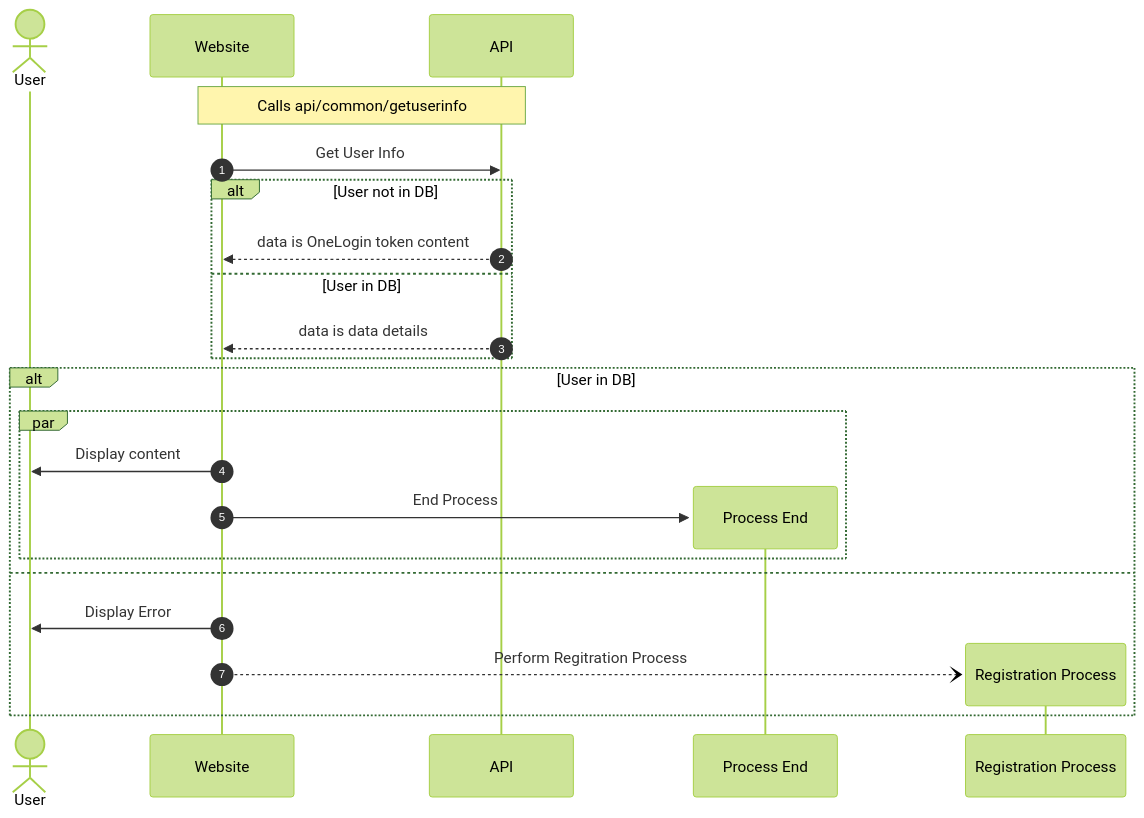
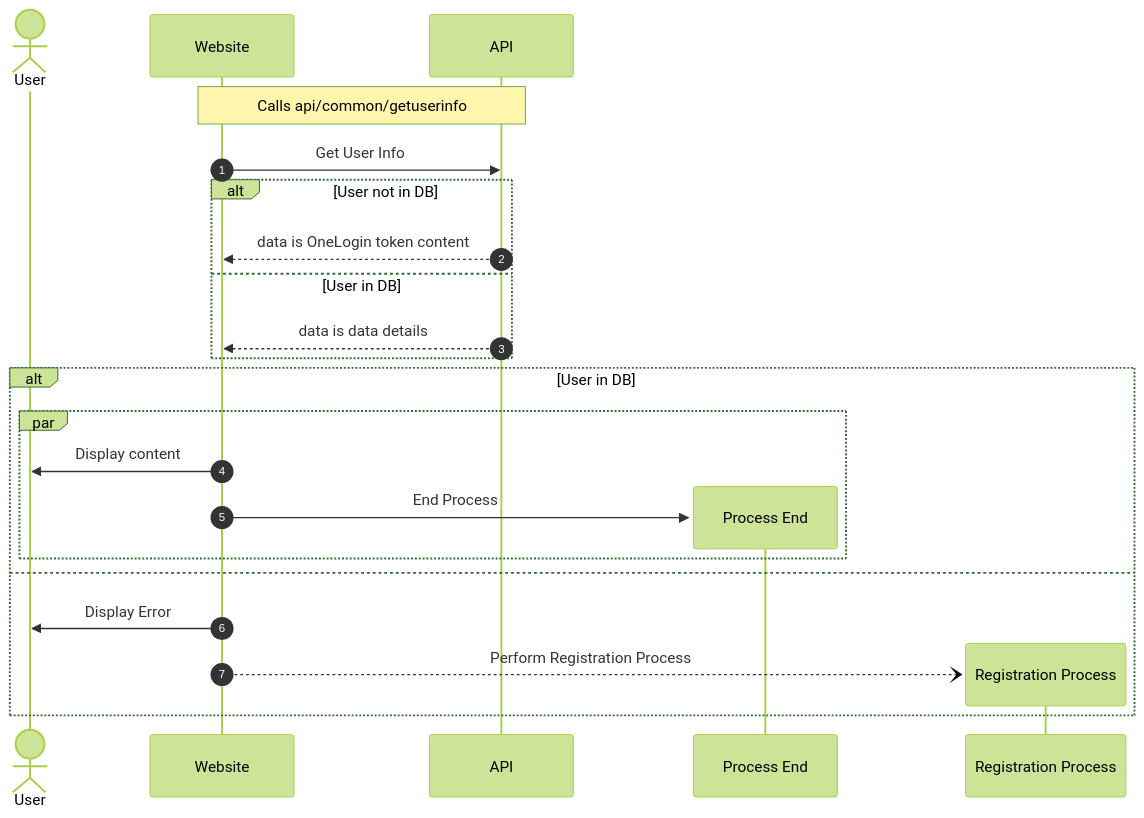
The second of 3 diagrams in test-login-process.md (irwints-ph/demo), drawn with Mermaid (forest theme) before and after one commit. The commit also changed other lines of this file, not shown here.

````diff
--- a/test-login-process.md
+++ b/test-login-process.md
@@ -40,28 +40,28 @@
 ```mermaid
 sequenceDiagram
   autonumber
     actor User
     participant FE as Website
     participant API
     
     
     note over FE,API: Calls api/common/getuserinfo
     FE->>API: Get User Info
 
     alt User not in DB
         API-->>FE: data is OneLogin token content
     else User in DB
         API-->>FE: data is data details
     end
     alt User in DB
         par
         FE->>User: Display content
         create participant E as Process End
         FE->>E: End Process
         end
     else
         FE->>User: Display Error
         create participant R as Registration Process
-        FE--)R: Perform Regitration Process
+        FE--)R: Perform Registration Process
     end
 ```
````
